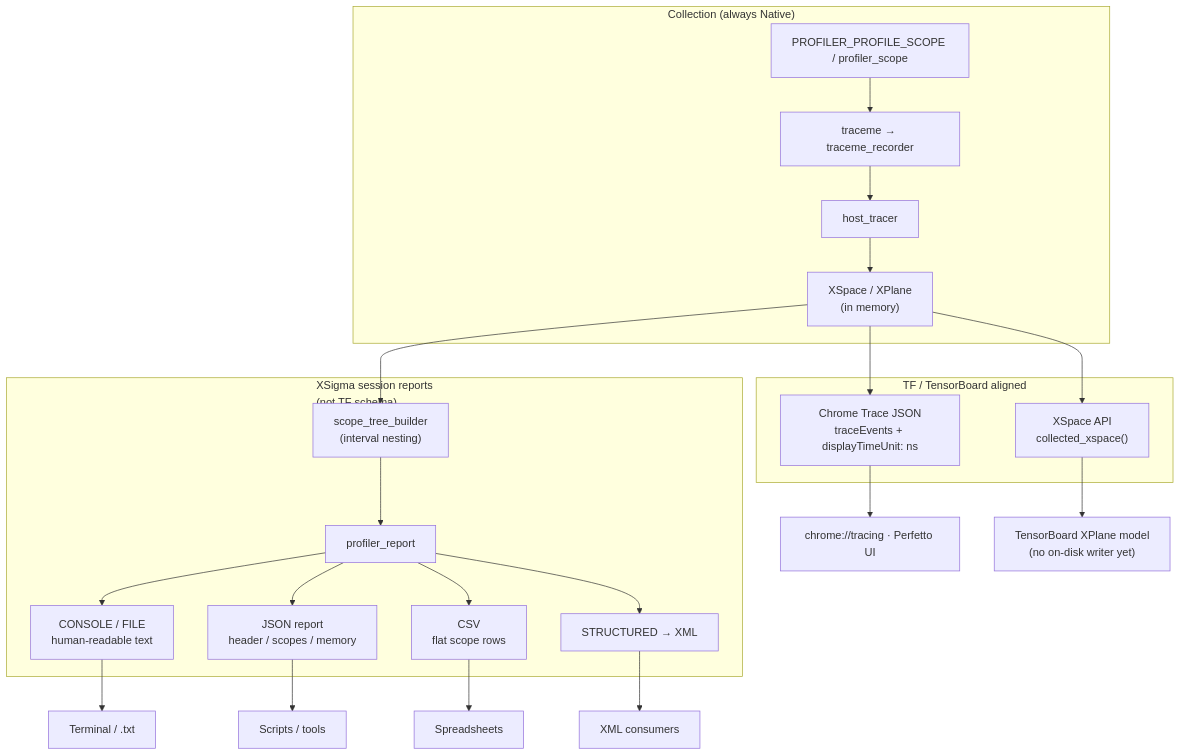
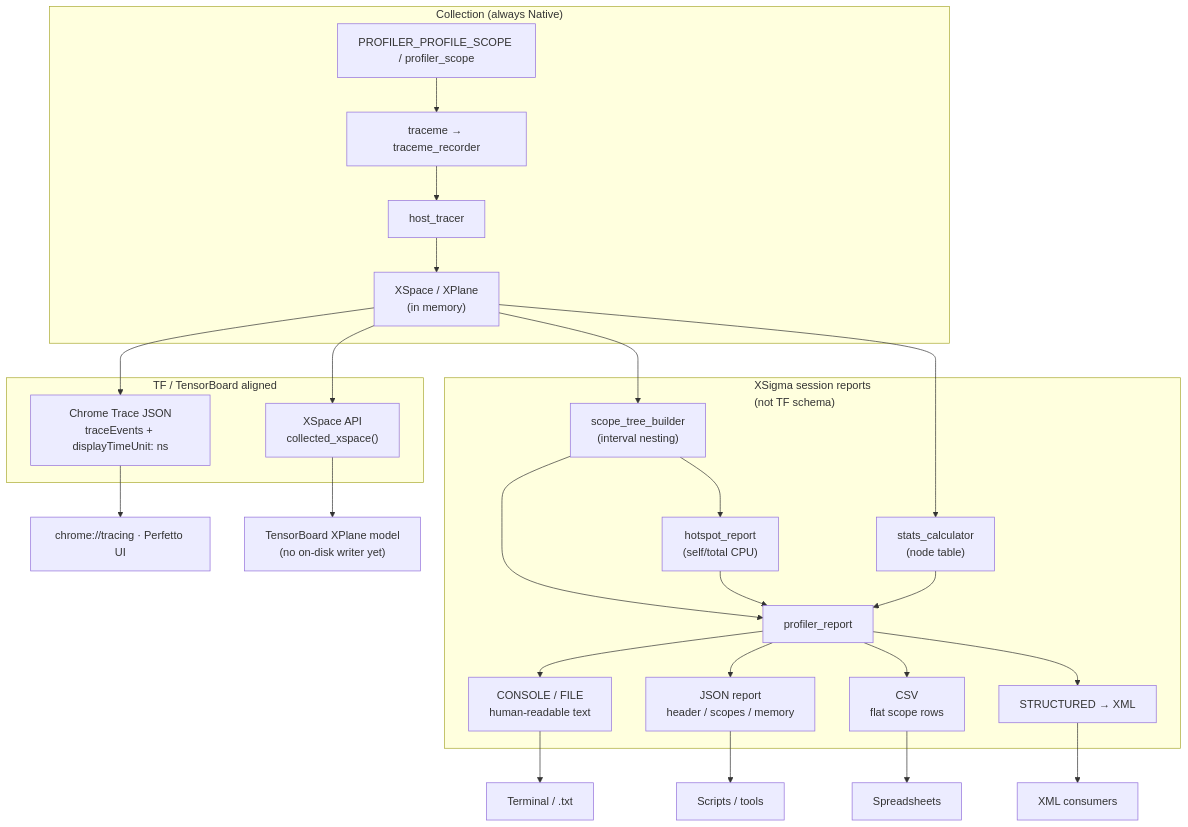
The second of 2 diagrams in Docs/profiler/profiler.md (KhwarizmiAnalytix/Hisab), drawn with Mermaid before and after one commit. The commit also changed other lines of this file and 10 other files, not shown here.

````diff
--- a/Docs/profiler/profiler.md
+++ b/Docs/profiler/profiler.md
@@ -717,34 +782,38 @@
 ```mermaid
 flowchart TB
   subgraph collect["Collection (always Native)"]
     SCOPE["PROFILER_PROFILE_SCOPE / profiler_scope"]
     TM["traceme → traceme_recorder"]
     HT["host_tracer"]
     XS["XSpace / XPlane<br/>(in memory)"]
     SCOPE --> TM --> HT --> XS
   end
 
   subgraph tf_aligned["TF / TensorBoard aligned"]
     CHROME["Chrome Trace JSON<br/>traceEvents + displayTimeUnit: ns"]
     XP_VIEW["XSpace API<br/>collected_xspace()"]
     XS --> CHROME
     XS --> XP_VIEW
   end
 
   subgraph xsigma_reports["XSigma session reports<br/>(not TF schema)"]
     TREE["scope_tree_builder<br/>(interval nesting)"]
     RPT["profiler_report"]
+    HOT["hotspot_report<br/>(self/total CPU)"]
+    STATS["stats_calculator<br/>(node table)"]
     XS --> TREE --> RPT
+    XS --> STATS --> RPT
+    TREE --> HOT --> RPT
     RPT --> CONSOLE["CONSOLE / FILE<br/>human-readable text"]
     RPT --> JSONR["JSON report<br/>header / scopes / memory"]
     RPT --> CSV["CSV<br/>flat scope rows"]
     RPT --> XML["STRUCTURED → XML"]
   end
 
   CHROME --> VIEWERS["chrome://tracing · Perfetto UI"]
   XP_VIEW --> TB["TensorBoard XPlane model<br/>(no on-disk writer yet)"]
   CONSOLE --> TERM["Terminal / .txt"]
   JSONR --> TOOLS["Scripts / tools"]
   CSV --> SHEETS["Spreadsheets"]
   XML --> XMLCONS["XML consumers"]
 ```
````
